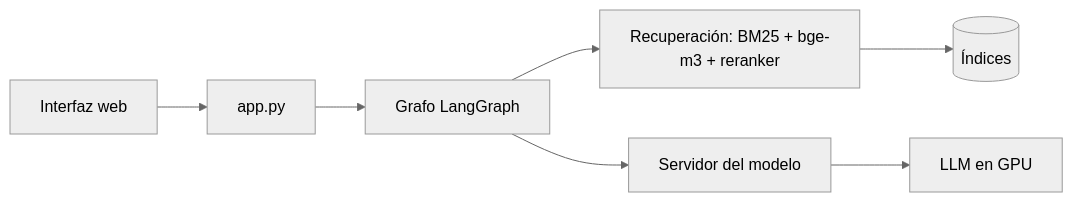
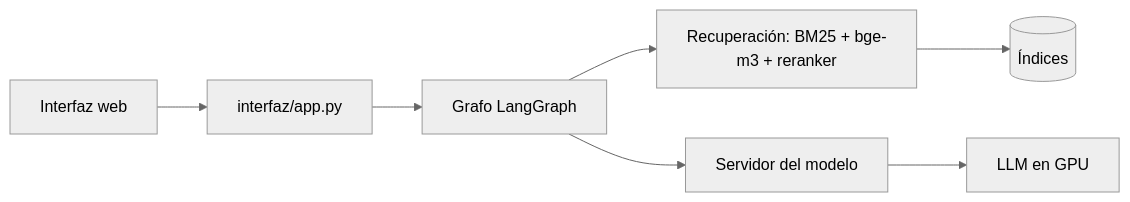
The diagram in README.md (NBaqueroO/LLM-Law-Learning-Machine), drawn with Mermaid (neutral theme) before and after one commit. The commit also changed other lines of this file and 46 other files, not shown here.

````diff
--- a/README.md
+++ b/README.md
@@ -37,9 +48,9 @@
 ```mermaid
 flowchart LR
-    U[Interfaz web] --> A[app.py]
+    U[Interfaz web] --> A[interfaz/app.py]
     A --> G[Grafo LangGraph]
     G --> R[Recuperación: BM25 + bge-m3 + reranker]
     R --> I[(Índices)]
     G --> S[Servidor del modelo]
     S --> M[LLM en GPU]
 ```
````
